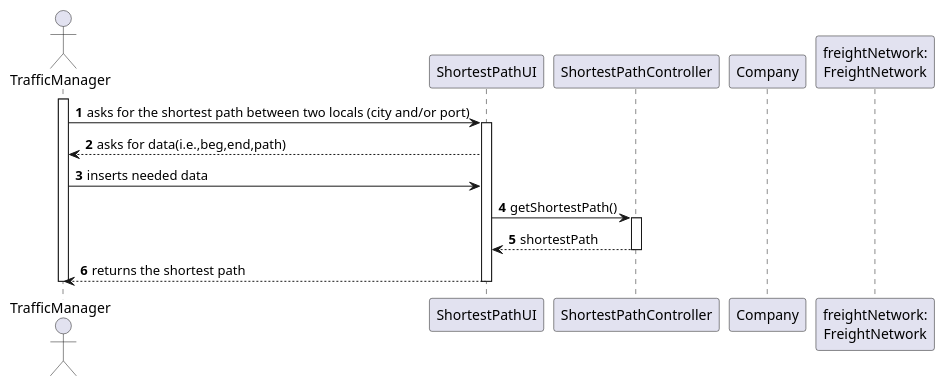
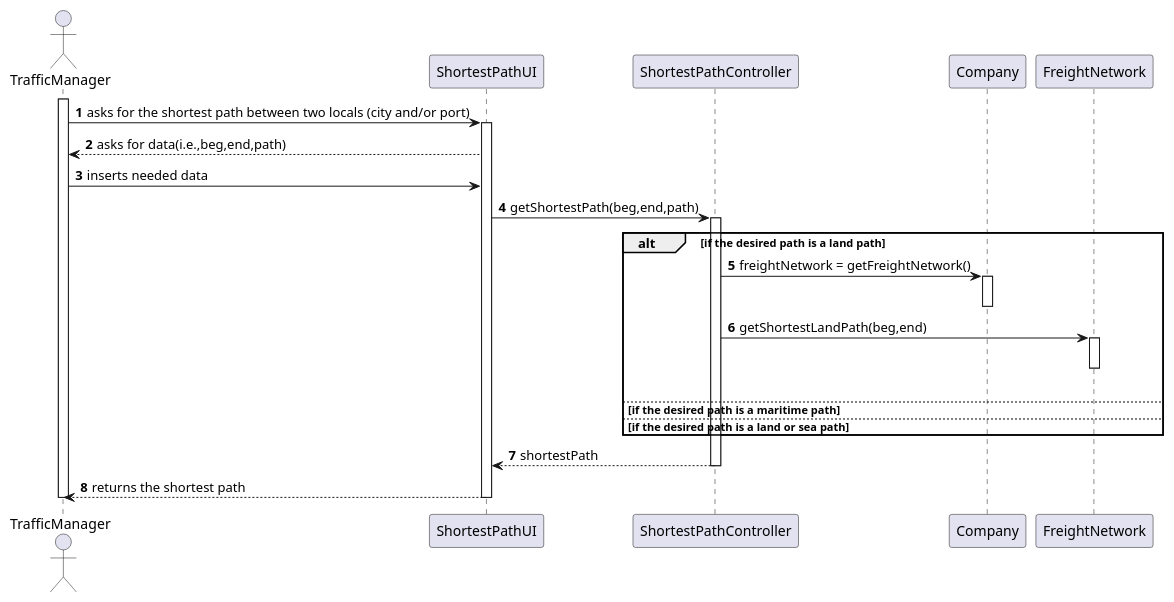
The diagram in docs/Sprint 4/US402/US402_SD.puml (ana-albergaria/LAPR3-ISEP), drawn with PlantUML before and after one commit. The commit also changed 7 other files, not shown here.

Commit message:
G54-275 #time 15m #comment Updated tests, continued relatory and finished diagrams, except SD.

```diff
--- a/docs/Sprint 4/US402/US402_SD.puml
+++ b/docs/Sprint 4/US402/US402_SD.puml
@@ -1,26 +1,38 @@
 @startuml
 
 autonumber
 actor TrafficManager as C
 participant "ShortestPathUI" as UI
 participant "ShortestPathController" as CTRL
 participant "Company" as COMPANY
-participant "freightNetwork:\nFreightNetwork" as NET
+participant "FreightNetwork" as NET
 
 activate C
 C -> UI : asks for the shortest path between two locals (city and/or port)
 activate UI
 UI --> C : asks for data(i.e.,beg,end,path)
 C -> UI : inserts needed data
-UI -> CTRL : getShortestPath()
+UI -> CTRL : getShortestPath(beg,end,path)
 activate CTRL
+alt if the desired path is a land path
+CTRL -> COMPANY : freightNetwork = getFreightNetwork()
+activate COMPANY
+deactivate COMPANY
+CTRL -> NET : getShortestLandPath(beg,end)
+activate NET
+|||
+deactivate NET
+else if the desired path is a maritime path
 
+else if the desired path is a land or sea path
+
+end
 CTRL --> UI : shortestPath
 deactivate CTRL
 UI --> C : returns the shortest path
 deactivate UI
 
 deactivate C
 
 
 @enduml
```
